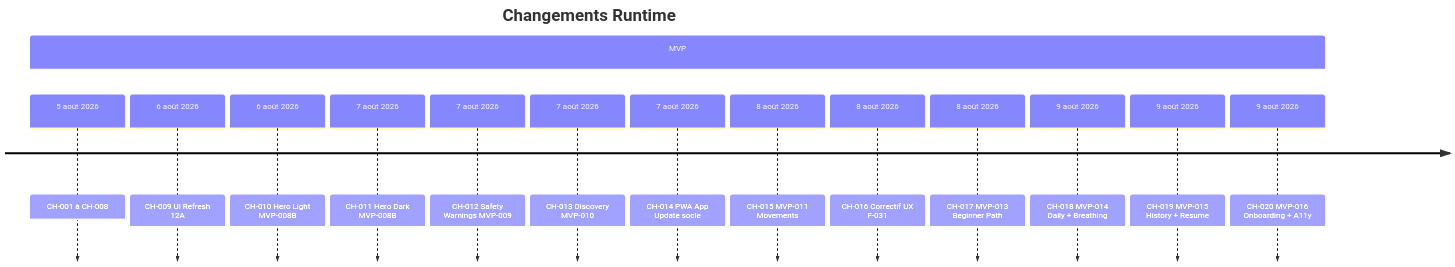
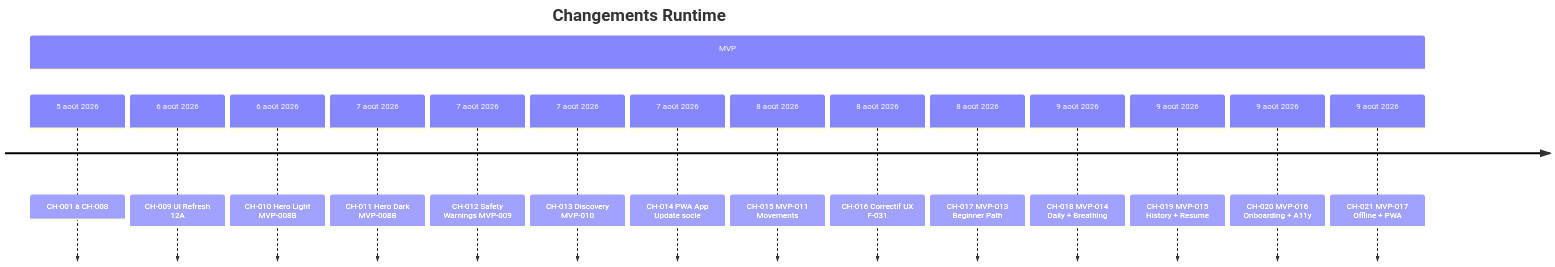
The diagram in docs/runtime/17_CHANGE_HISTORY.md (JavaChrist/Tai-Chi-AI-Coach), drawn with Mermaid before and after one commit. The commit also changed other lines of this file and 25 other files, not shown here.

First line of the commit message:
feat(pwa): complete MVP-017 offline core

````diff
--- a/docs/runtime/17_CHANGE_HISTORY.md
+++ b/docs/runtime/17_CHANGE_HISTORY.md
@@ -55,18 +56,19 @@
 ```mermaid
 timeline
   title Changements Runtime
   section MVP
     5 août 2026 : CH-001 à CH-008
     6 août 2026 : CH-009 UI Refresh 12A
     6 août 2026 : CH-010 Hero Light MVP-008B
     7 août 2026 : CH-011 Hero Dark MVP-008B
     7 août 2026 : CH-012 Safety Warnings MVP-009
     7 août 2026 : CH-013 Discovery MVP-010
     7 août 2026 : CH-014 PWA App Update socle
     8 août 2026 : CH-015 MVP-011 Movements
     8 août 2026 : CH-016 Correctif UX F-031
     8 août 2026 : CH-017 MVP-013 Beginner Path
     9 août 2026 : CH-018 MVP-014 Daily + Breathing
     9 août 2026 : CH-019 MVP-015 History + Resume
     9 août 2026 : CH-020 MVP-016 Onboarding + A11y
+    9 août 2026 : CH-021 MVP-017 Offline + PWA
 ```
````
